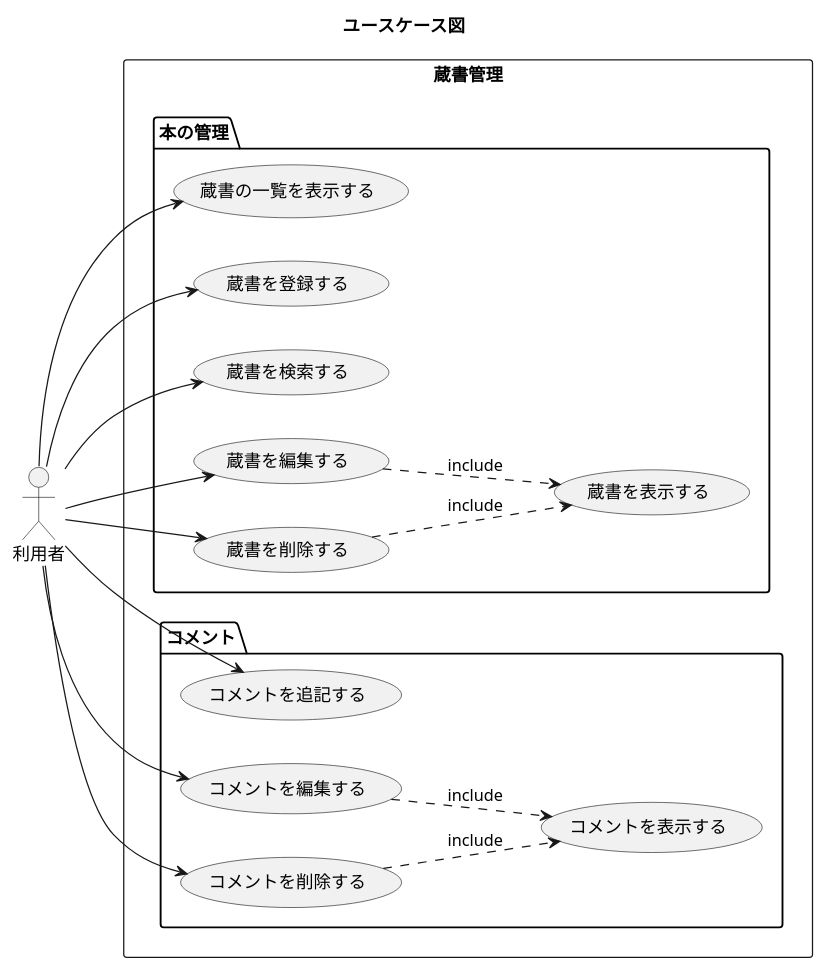
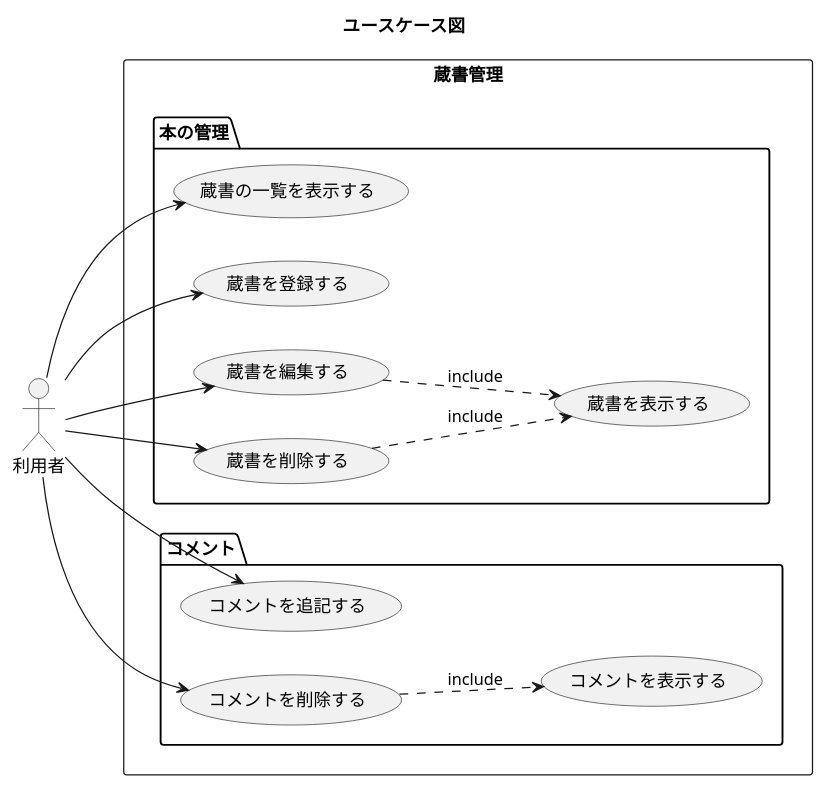
The diagram in uml/usecases.pu (40node/node006), drawn with PlantUML before and after one commit. The commit also changed 3 other files, not shown here.

```diff
--- a/uml/usecases.pu
+++ b/uml/usecases.pu
@@ -1,25 +1,22 @@
 @startuml
 title ユースケース図
 
 actor 利用者
 left to right direction
 
 rectangle 蔵書管理 {
     package 本の管理 {
         利用者 -> (蔵書の一覧を表示する)
         利用者 --> (蔵書を登録する)
-        利用者 --> (蔵書を検索する)
         利用者 --> (蔵書を編集する)
         利用者 --> (蔵書を削除する)
         (蔵書を編集する) ..> (蔵書を表示する) : include
         (蔵書を削除する) ..> (蔵書を表示する) : include
     }
     package コメント {
         利用者 --> (コメントを追記する)
-        利用者 --> (コメントを編集する)
         利用者 --> (コメントを削除する)
-        (コメントを編集する) ..> (コメントを表示する) : include
         (コメントを削除する) ..> (コメントを表示する) : include
     }
 }
 @enduml
```
